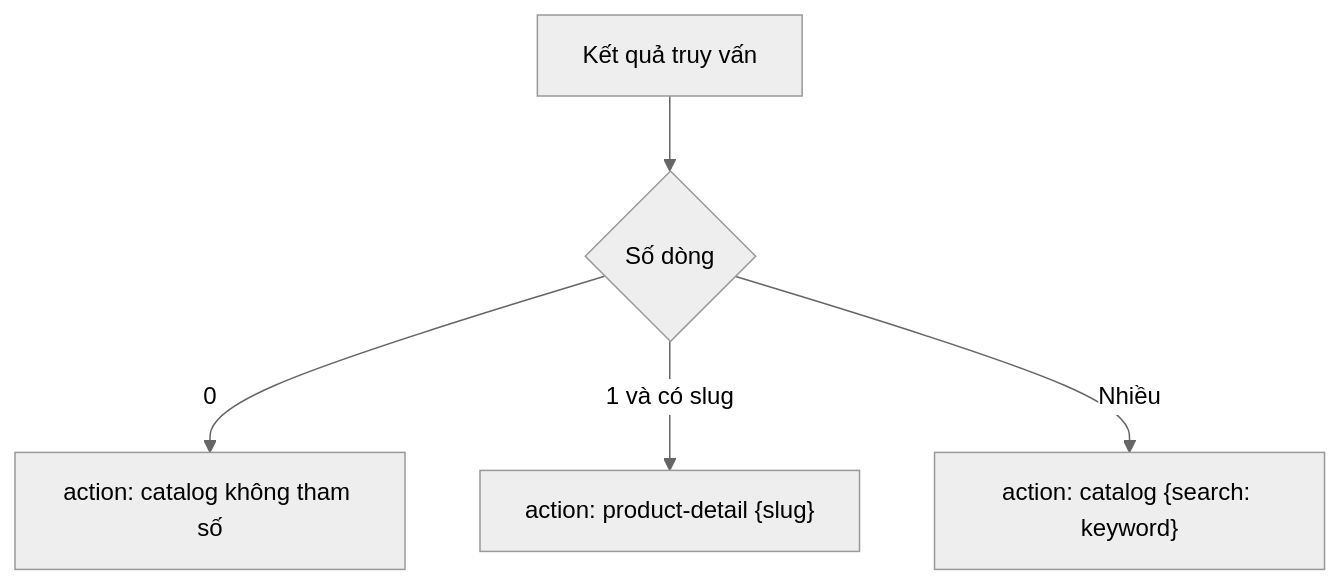
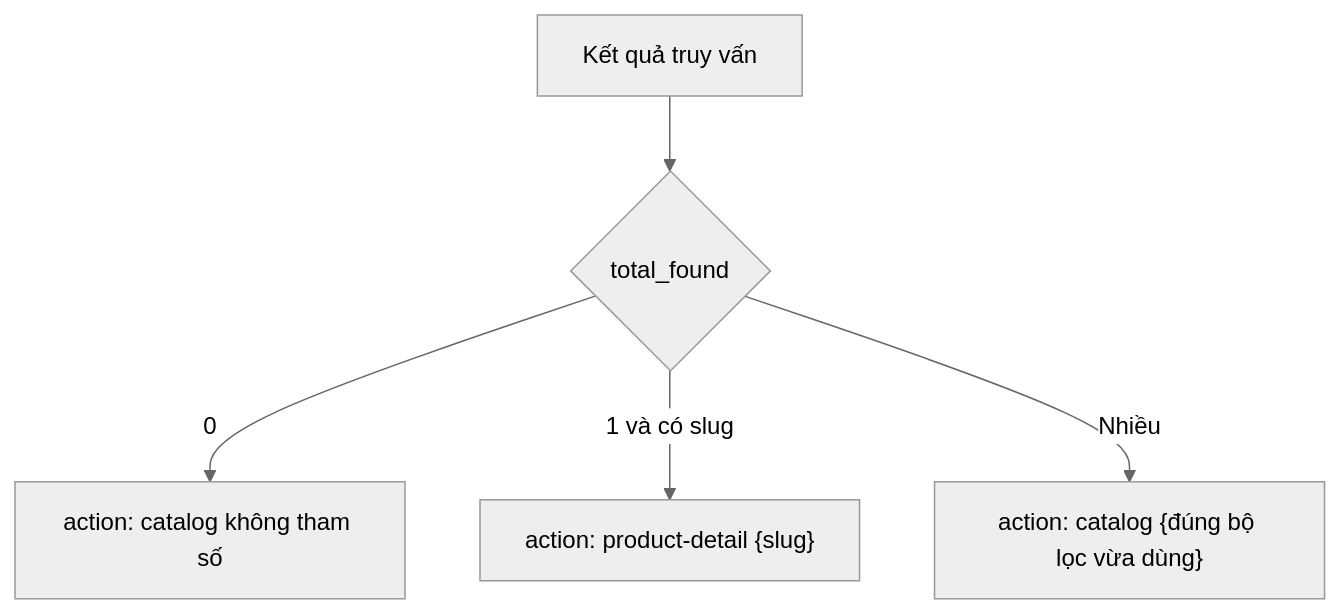
The first of 4 diagrams in docs/chat-ai/05-tools.md (zdevlongnguz-blip/du-an-1), drawn with Mermaid (neutral theme) before and after one commit. The commit also changed other lines of this file and 28 other files, not shown here.

First line of the commit message:
feat(catalog): dựng lại bộ lọc catalog + Fule tra sản phẩm theo cùng bộ lọc

````diff
--- a/docs/chat-ai/05-tools.md
+++ b/docs/chat-ai/05-tools.md
@@ -67,7 +86,7 @@
 ```mermaid
 flowchart TD
-    R[Kết quả truy vấn] --> N{Số dòng}
+    R[Kết quả truy vấn] --> N{total_found}
     N -- 0 --> A0["action: catalog không tham số"]
     N -- 1 và có slug --> A1["action: product-detail {slug}"]
-    N -- Nhiều --> AN["action: catalog {search: keyword}"]
+    N -- Nhiều --> AN["action: catalog {đúng bộ lọc vừa dùng}"]
 ```
````
